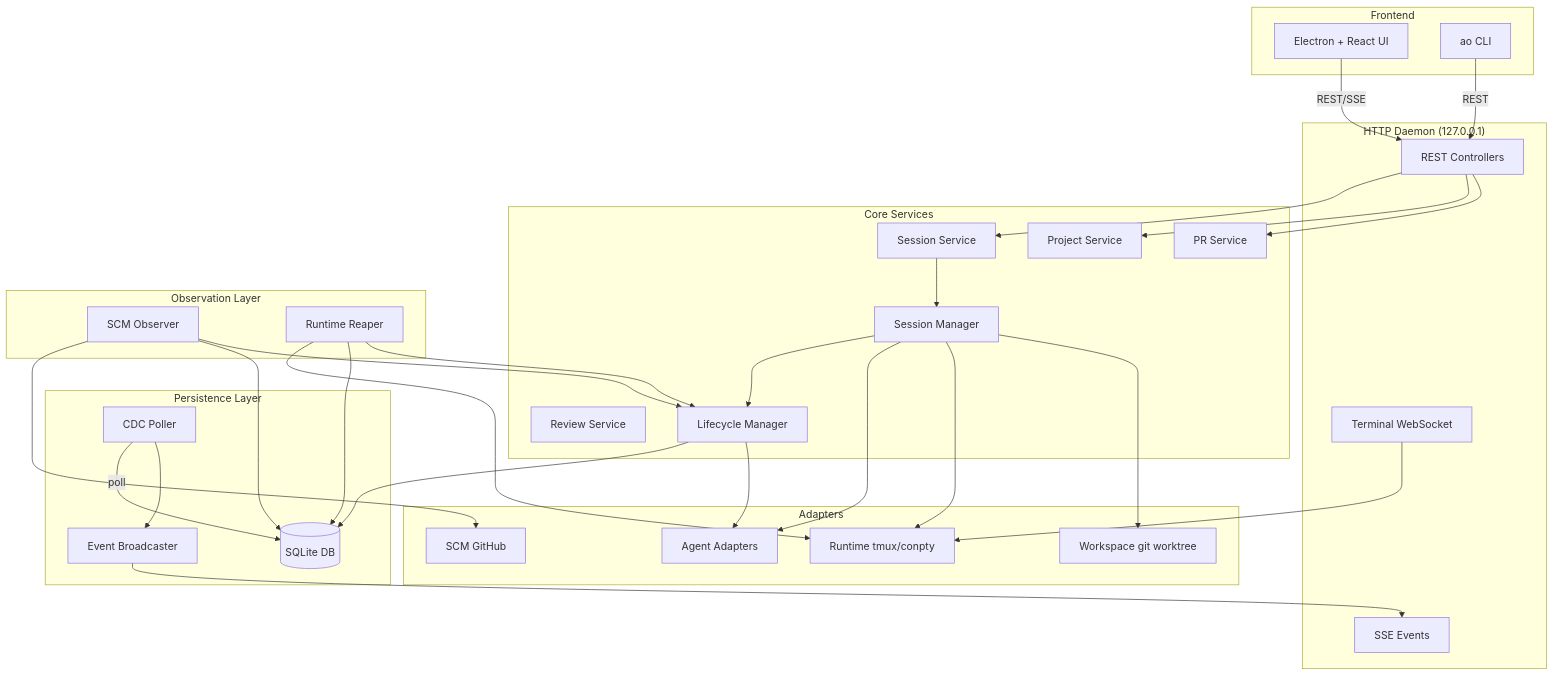
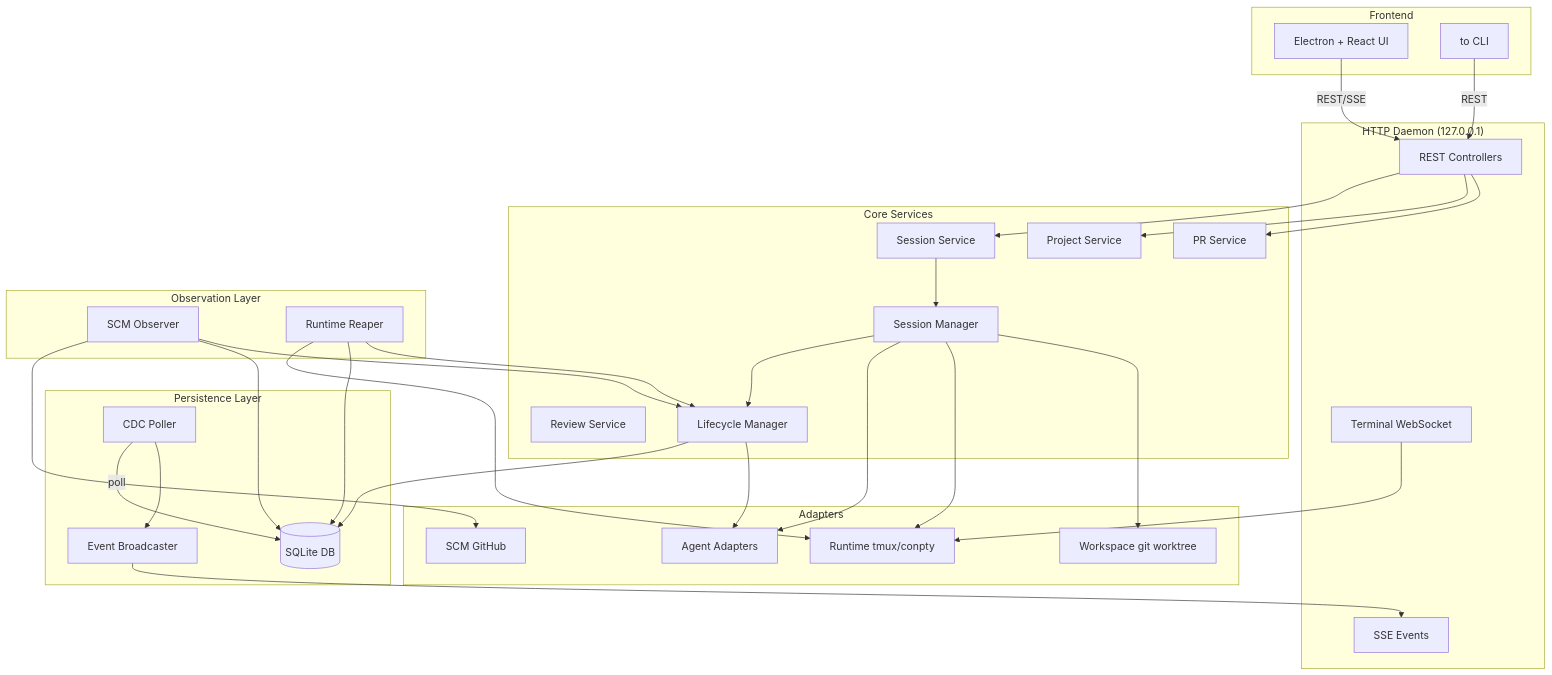
The second of 23 diagrams in docs/architecture.md (tinhtran24/maestro), drawn with Mermaid before and after one commit. The commit also changed 179 other files, not shown here.

````diff
--- a/docs/architecture.md
+++ b/docs/architecture.md
@@ -50,70 +50,70 @@
 ```mermaid
 graph TB
     subgraph Frontend
         FE[Electron + React UI]
-        CLI[ao CLI]
+        CLI[to CLI]
     end
 
     subgraph HTTP["HTTP Daemon (127.0.0.1)"]
         Controllers[REST Controllers]
         SSE[SSE Events]
         Terminal[Terminal WebSocket]
     end
 
     subgraph Core["Core Services"]
         SessionSvc[Session Service]
         ProjectSvc[Project Service]
         PRSvc[PR Service]
         ReviewSvc[Review Service]
         SessionMgr[Session Manager]
         LCM[Lifecycle Manager]
     end
 
     subgraph Observe["Observation Layer"]
         SCMObserver[SCM Observer]
         Reaper[Runtime Reaper]
     end
 
     subgraph Storage["Persistence Layer"]
         SQLite[(SQLite DB)]
         CDC[CDC Poller]
         Broadcaster[Event Broadcaster]
     end
 
     subgraph Adapters["Adapters"]
         AgentAdapter[Agent Adapters]
         RuntimeAdapter[Runtime tmux/conpty]
         WorkspaceAdapter[Workspace git worktree]
         SCMAdapter[SCM GitHub]
     end
 
     FE -->|REST/SSE| Controllers
     CLI -->|REST| Controllers
     Controllers --> SessionSvc
     Controllers --> ProjectSvc
     Controllers --> PRSvc
 
     SessionSvc --> SessionMgr
     SessionMgr --> LCM
     SessionMgr --> AgentAdapter
     SessionMgr --> RuntimeAdapter
     SessionMgr --> WorkspaceAdapter
 
     LCM --> SQLite
     LCM --> AgentAdapter
 
     SCMObserver --> SCMAdapter
     SCMObserver --> SQLite
     SCMObserver --> LCM
 
     Reaper --> RuntimeAdapter
     Reaper --> SQLite
     Reaper --> LCM
 
     CDC -->|poll| SQLite
     CDC --> Broadcaster
     Broadcaster --> SSE
 
     Terminal --> RuntimeAdapter
 
 ```
````
